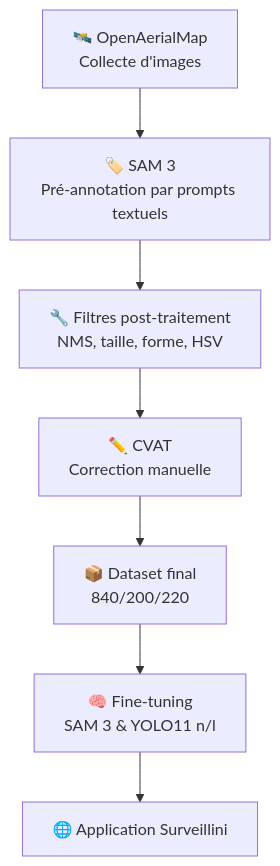
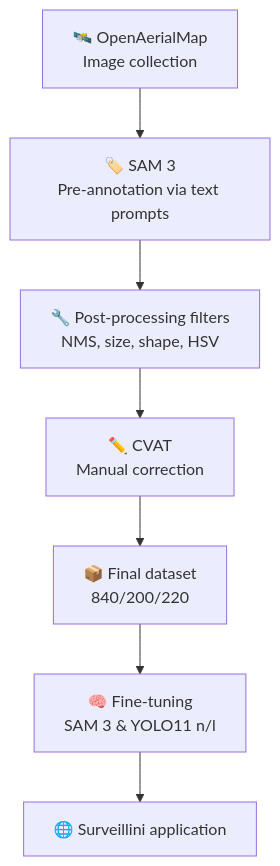
One commit to amirabbes/P2M-Maritime-Segmentation changed the diagram in README.md. Above: the diagram before and after it, drawn with Mermaid.

Commit message:
Update architecture diagram text in README

````diff
--- a/README.md
+++ b/README.md
@@ -27,9 +27,9 @@
 ```mermaid
 flowchart TD
-    A[🛰️ OpenAerialMap<br/>Collecte d'images] --> B[🏷️ SAM 3<br/>Pré-annotation par prompts textuels]
-    B --> C[🔧 Filtres post-traitement<br/>NMS, taille, forme, HSV]
-    C --> D[✏️ CVAT<br/>Correction manuelle]
-    D --> E[📦 Dataset final<br/>840/200/220]
+    A[🛰️ OpenAerialMap<br/>Image collection] --> B[🏷️ SAM 3<br/>Pre-annotation via text prompts]
+    B --> C[🔧 Post-processing filters<br/>NMS, size, shape, HSV]
+    C --> D[✏️ CVAT<br/>Manual correction]
+    D --> E[📦 Final dataset<br/>840/200/220]
     E --> F[🧠 Fine-tuning<br/>SAM 3 & YOLO11 n/l]
-    F --> G[🌐 Application Surveillini]
+    F --> G[🌐 Surveillini application]
 ```
````
